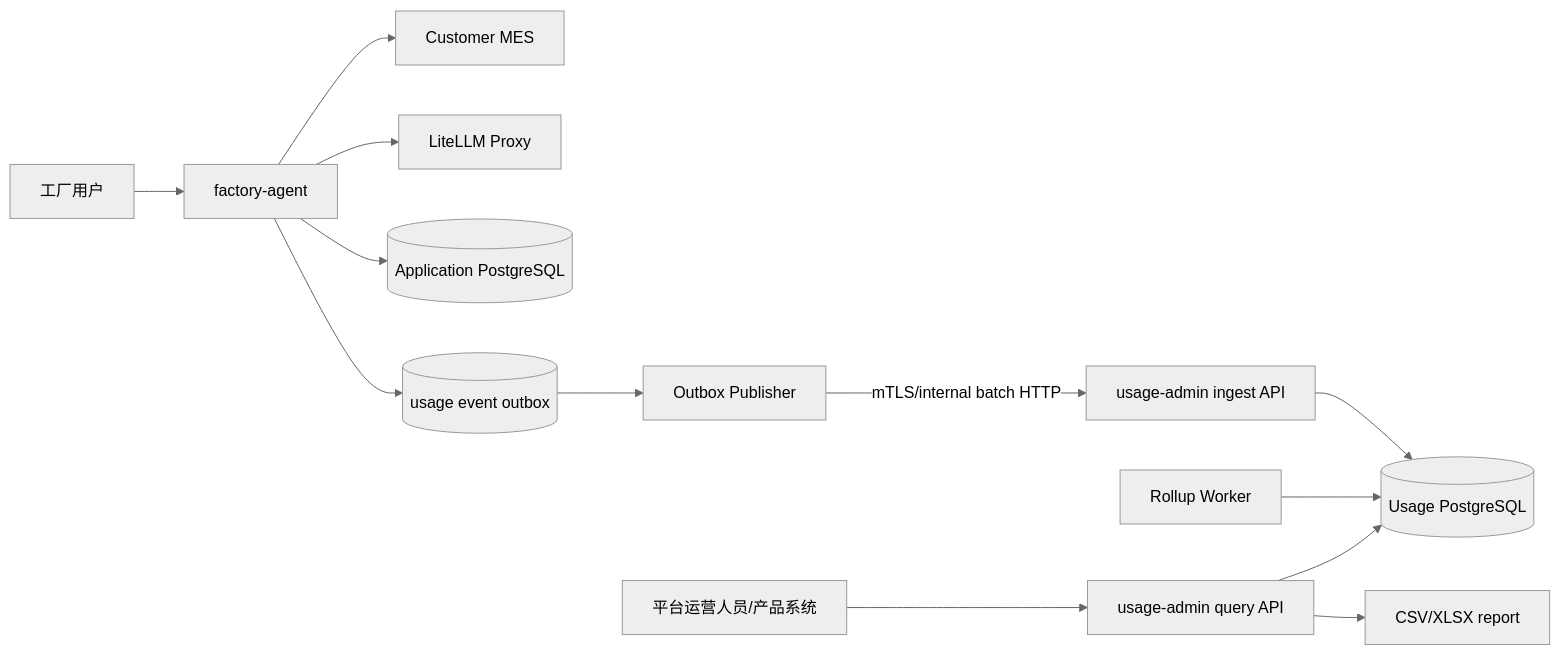
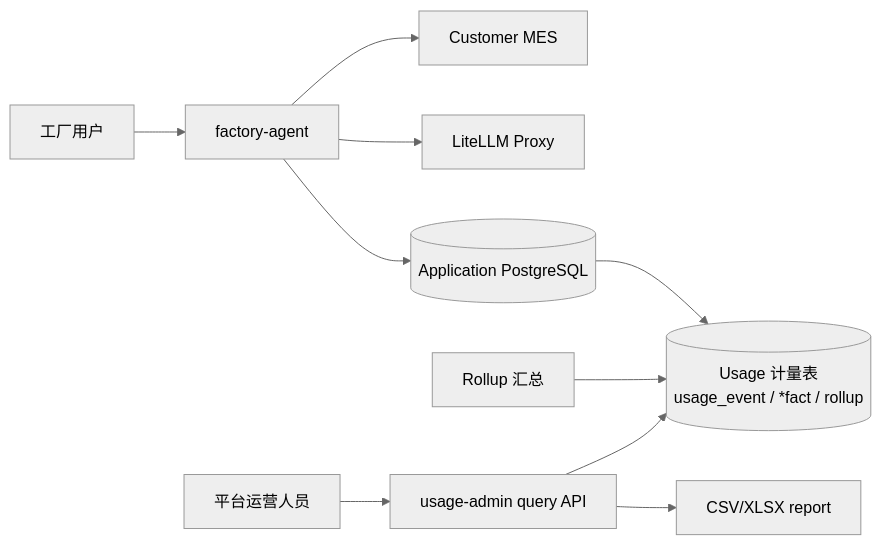
One commit to zhu13818202655/factory-agent changed the diagram in docs/adr/0003-usage-metering-and-admin-service.md. Above: the diagram before and after it, drawn with Mermaid (neutral theme). The commit also changed other lines of this file and 24 other files, not shown here.

````diff
--- a/docs/adr/0003-usage-metering-and-admin-service.md
+++ b/docs/adr/0003-usage-metering-and-admin-service.md
@@ -56,15 +56,12 @@
 ```mermaid
 flowchart LR
     User[工厂用户] --> Agent[factory-agent]
     Agent --> MES[Customer MES]
     Agent --> LLM[LiteLLM Proxy]
     Agent --> AppDB[(Application PostgreSQL)]
-    Agent --> Outbox[(usage event outbox)]
-    Publisher[Outbox Publisher] -->|mTLS/internal batch HTTP| Ingest[usage-admin ingest API]
-    Outbox --> Publisher
-    Ingest --> UsageDB[(Usage PostgreSQL)]
-    Rollup[Rollup Worker] --> UsageDB
-    Admin[平台运营人员/产品系统] --> AdminAPI[usage-admin query API]
+    AppDB --> UsageDB[(Usage 计量表<br/>usage_event / *fact / rollup)]
+    Rollup[Rollup 汇总] --> UsageDB
+    Admin[平台运营人员] --> AdminAPI[usage-admin query API]
     AdminAPI --> UsageDB
     AdminAPI --> Export[CSV/XLSX report]
 ```
````
